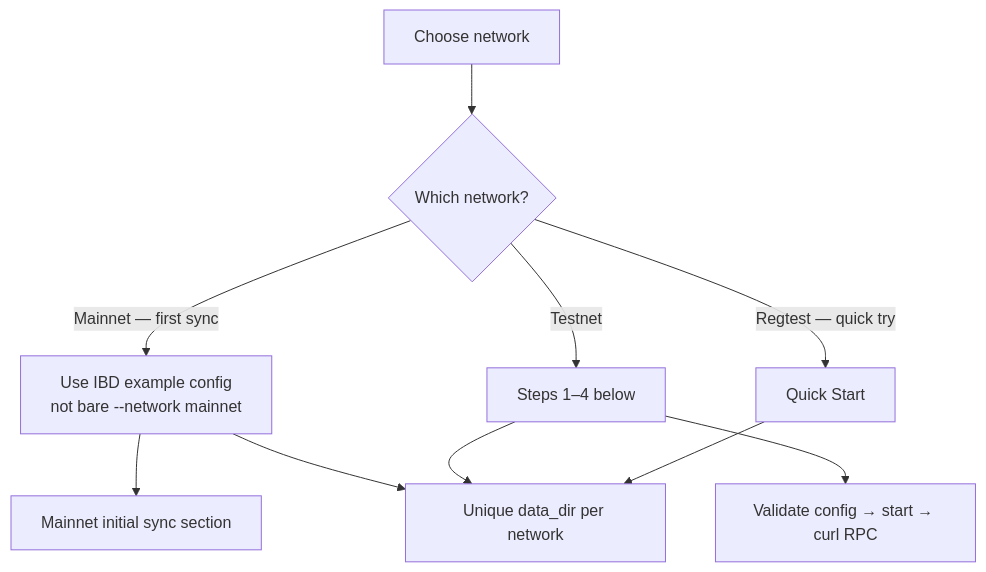
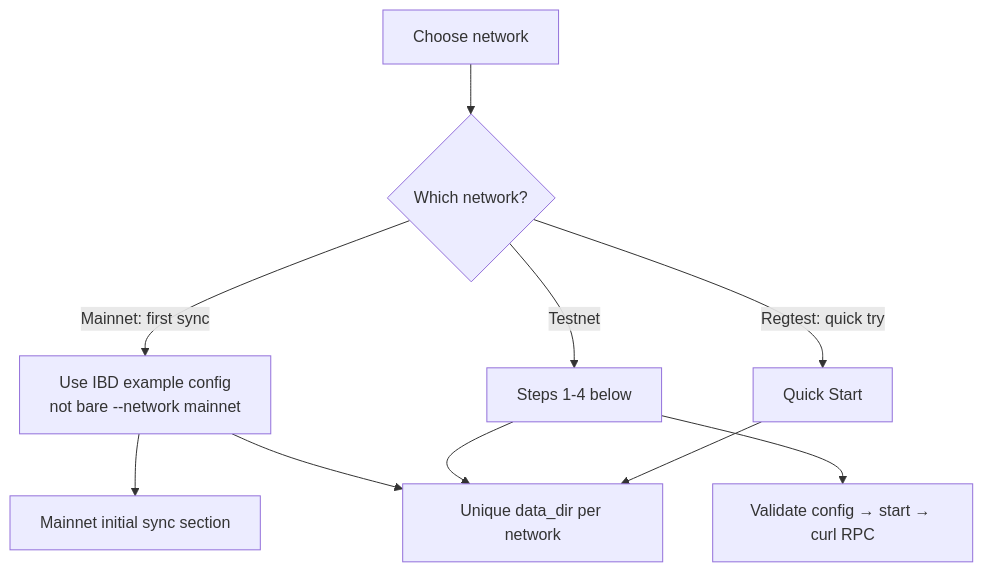
The diagram in src/getting-started/first-node.md (BTCDecoded/blvm-docs), drawn with Mermaid before and after one commit. The commit also changed other lines of this file and 89 other files, not shown here.

````diff
--- a/src/getting-started/first-node.md
+++ b/src/getting-started/first-node.md
@@ -17,12 +17,12 @@
 ```mermaid
 flowchart TD
-  N[Choose network] --> M{Which network?}
-  M -->|Mainnet — first sync| IBD[Use IBD example config<br/>not bare --network mainnet]
-  M -->|Testnet| STEPS[Steps 1–4 below]
-  M -->|Regtest — quick try| QS[Quick Start]
-  IBD --> SYNC[Mainnet initial sync section]
-  STEPS --> RPC[Validate config → start → curl RPC]
-  IBD --> DIR[Unique data_dir per network]
-  STEPS --> DIR
-  QS --> DIR
+ N[Choose network] --> M{Which network?}
+ M -->|Mainnet: first sync| IBD[Use IBD example config<br/>not bare --network mainnet]
+ M -->|Testnet| STEPS[Steps 1-4 below]
+ M -->|Regtest: quick try| QS[Quick Start]
+ IBD --> SYNC[Mainnet initial sync section]
+ STEPS --> RPC[Validate config → start → curl RPC]
+ IBD --> DIR[Unique data_dir per network]
+ STEPS --> DIR
+ QS --> DIR
 ```
````
